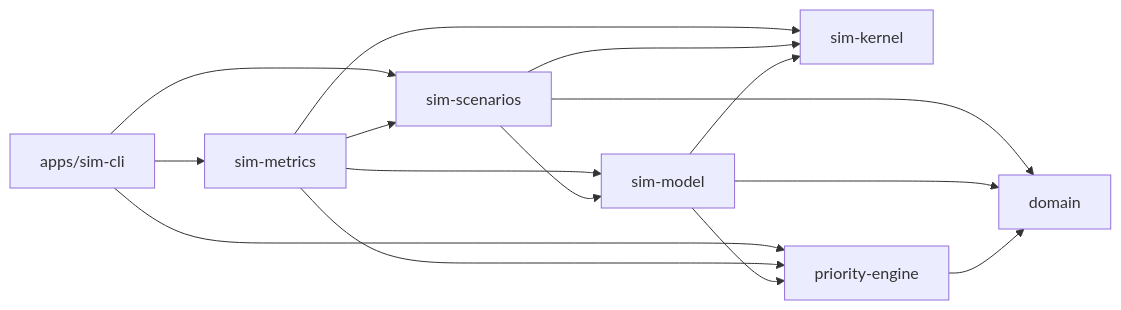
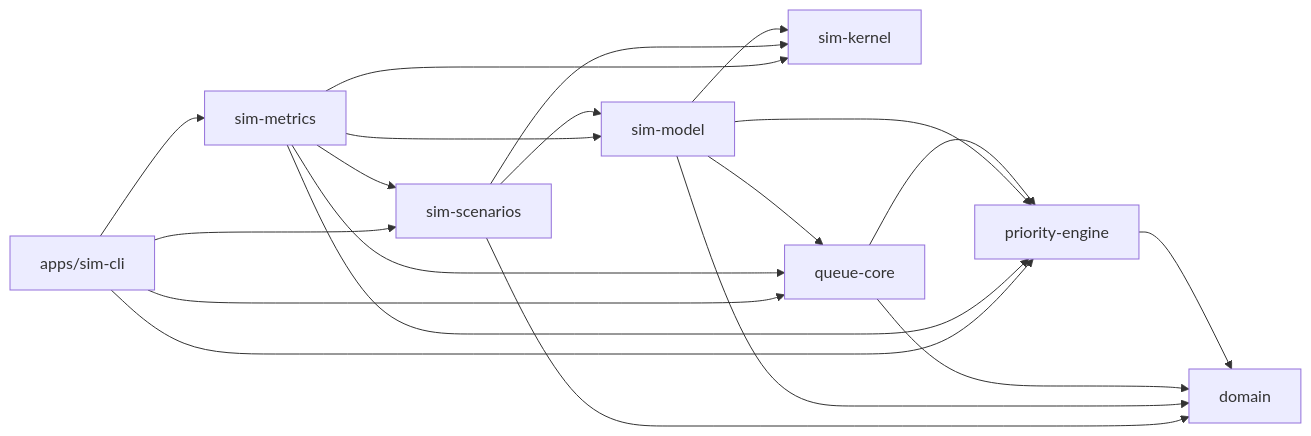
Before and after one commit to leviuzz/gaterush: the first of 2 diagrams in ARCHITECTURE.md, drawn with Mermaid. The commit also changed other lines of this file and 62 other files, not shown here.

````diff
--- a/ARCHITECTURE.md
+++ b/ARCHITECTURE.md
@@ -39,24 +41,30 @@
 ```mermaid
 flowchart LR
   domain["domain"]
   kernel["sim-kernel"]
   engine["priority-engine"]
+  queue["queue-core"]
   model["sim-model"]
   scenarios["sim-scenarios"]
   metrics["sim-metrics"]
   cli["apps/sim-cli"]
   engine --> domain
+  queue --> engine
+  queue --> domain
+  model --> queue
   model --> engine
   model --> kernel
   model --> domain
   scenarios --> model
   scenarios --> kernel
   scenarios --> domain
   metrics --> scenarios
   metrics --> model
+  metrics --> queue
   metrics --> engine
   metrics --> kernel
   cli --> metrics
   cli --> scenarios
+  cli --> queue
   cli --> engine
 ```
````
